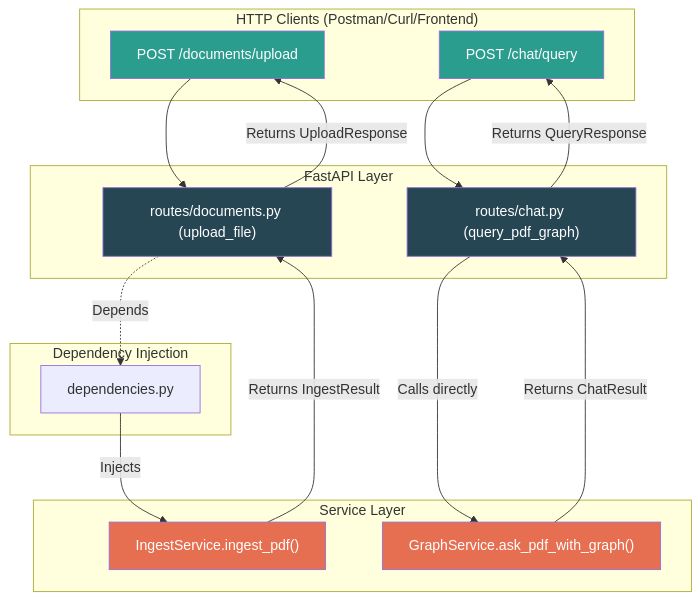
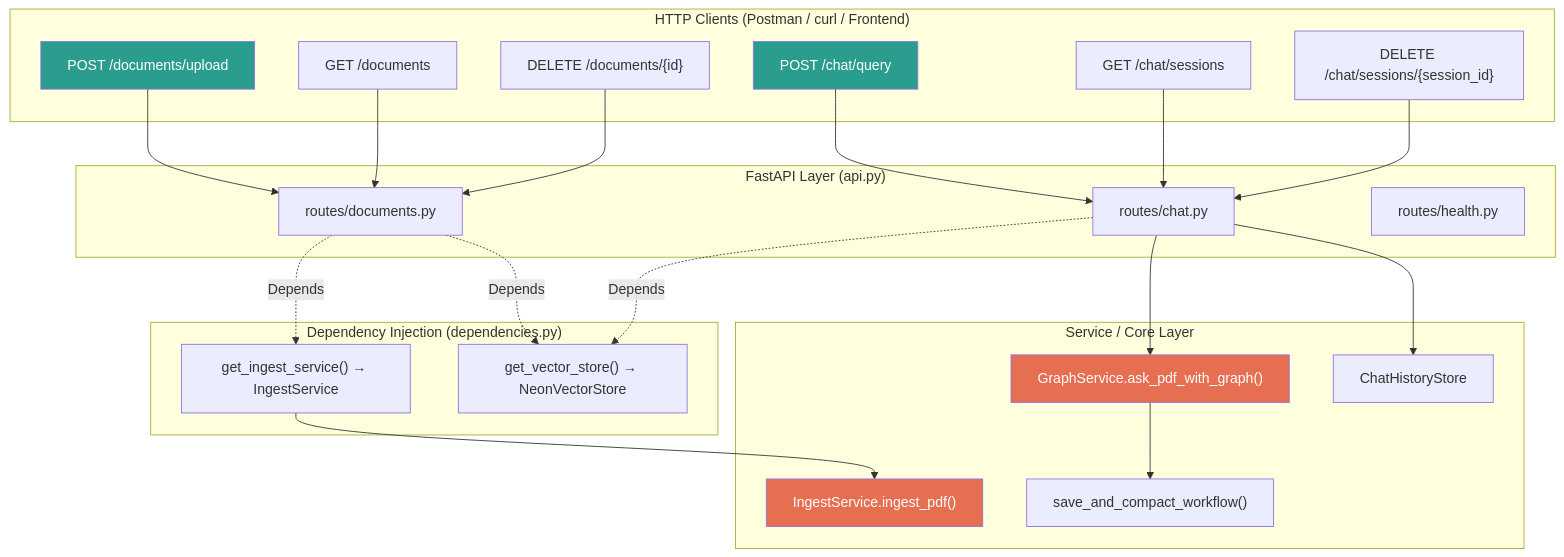
Before and after one commit to hasnatsakil/agentic-rag-service: the fifth of 6 diagrams in docs/project_flow.md, drawn with Mermaid. The commit also changed other lines of this file and 19 other files, not shown here.

````diff
--- a/docs/project_flow.md
+++ b/docs/project_flow.md
@@ -62,42 +163,49 @@
 ```mermaid
 flowchart TD
-    subgraph Client["HTTP Clients (Postman/Curl/Frontend)"]
+    subgraph Client["HTTP Clients (Postman / curl / Frontend)"]
         C1["POST /documents/upload"]
-        C2["POST /chat/query"]
+        C2["GET /documents"]
+        C3["DELETE /documents/{id}"]
+        C4["POST /chat/query"]
+        C5["GET /chat/sessions"]
+        C6["DELETE /chat/sessions/{session_id}"]
     end
 
-    subgraph API["FastAPI Layer"]
-        R_DOC["routes/documents.py (upload_file)"]
-        R_CHAT["routes/chat.py (query_pdf_graph)"]
+    subgraph FastAPI["FastAPI Layer (api.py)"]
+        R_DOC["routes/documents.py"]
+        R_CHAT["routes/chat.py"]
+        R_HEALTH["routes/health.py"]
     end
 
-    subgraph DI["Dependency Injection"]
-        D1["dependencies.py"]
+    subgraph DI["Dependency Injection (dependencies.py)"]
+        D_VS["get_vector_store() → NeonVectorStore"]
+        D_IS["get_ingest_service() → IngestService"]
     end
 
-    subgraph Services["Service Layer"]
+    subgraph Services["Service / Core Layer"]
         IS["IngestService.ingest_pdf()"]
         GS["GraphService.ask_pdf_with_graph()"]
+        HS["ChatHistoryStore"]
+        CS["save_and_compact_workflow()"]
     end
 
     C1 --> R_DOC
-    C2 --> R_CHAT
+    C2 --> R_DOC
+    C3 --> R_DOC
+    C4 --> R_CHAT
+    C5 --> R_CHAT
+    C6 --> R_CHAT
 
-    R_DOC -.->|Depends| D1
-    
-    D1 -->|Injects| IS
+    R_DOC -. Depends .-> D_IS & D_VS
+    R_CHAT -. Depends .-> D_VS
 
-    IS -->|Returns IngestResult| R_DOC
-    R_CHAT -->|Calls directly| GS
-    GS -->|Returns ChatResult| R_CHAT
-
-    R_DOC -->|Returns UploadResponse| C1
-    R_CHAT -->|Returns QueryResponse| C2
+    D_IS --> IS
+    R_CHAT --> GS
+    R_CHAT --> HS
+    GS --> CS
 
     style C1 fill:#2a9d8f,color:#fff
-    style C2 fill:#2a9d8f,color:#fff
-    style R_DOC fill:#264653,color:#fff
-    style R_CHAT fill:#264653,color:#fff
+    style C4 fill:#2a9d8f,color:#fff
     style IS fill:#e76f51,color:#fff
     style GS fill:#e76f51,color:#fff
 ```
````
